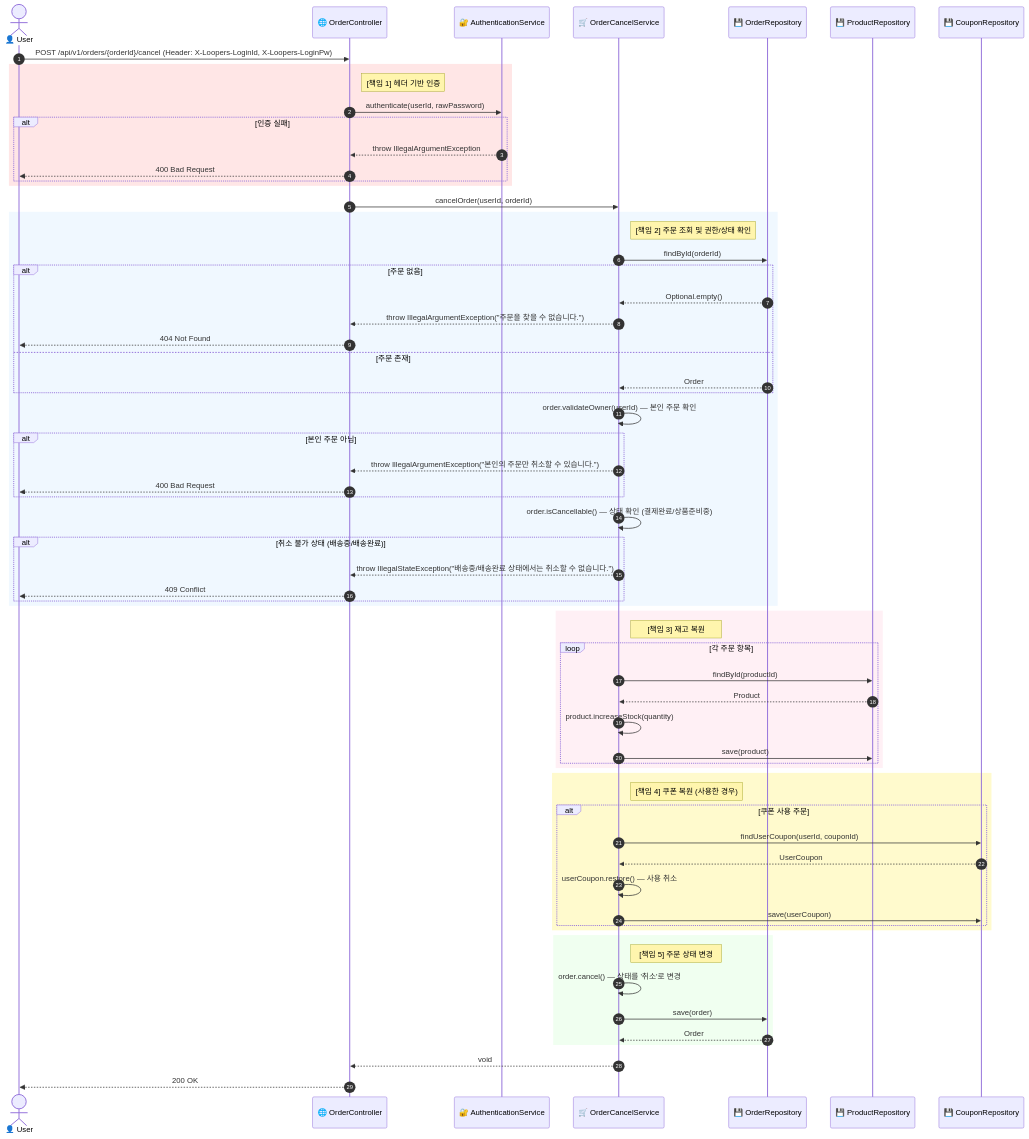
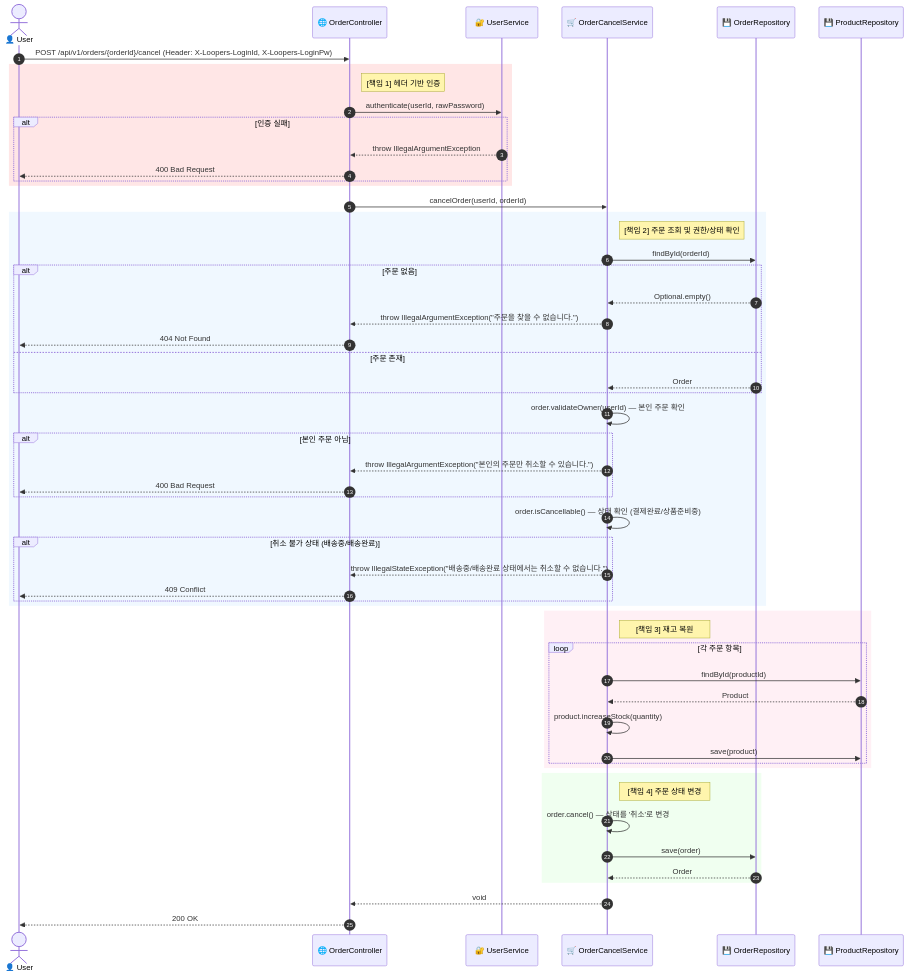
The ninth of 9 diagrams in .docs/design/02-sequence-diagrams.md (ukukdin/loop-pack-be-l2-vol3-java), drawn with Mermaid before and after one commit. The commit also changed other lines of this file and 11 other files, not shown here.

````diff
--- a/.docs/design/02-sequence-diagrams.md
+++ b/.docs/design/02-sequence-diagrams.md
@@ -627,76 +522,65 @@
 ```mermaid
 sequenceDiagram
     autonumber
     actor User as 👤 User
     participant API as 🌐 OrderController
-    participant Auth as 🔐 AuthenticationService
+    participant Auth as 🔐 UserService
     participant Service as 🛒 OrderCancelService
     participant OrderDB as 💾 OrderRepository
     participant ProductDB as 💾 ProductRepository
-    participant CouponDB as 💾 CouponRepository
 
     User->>API: POST /api/v1/orders/{orderId}/cancel (Header: X-Loopers-LoginId, X-Loopers-LoginPw)
 
     rect rgb(255, 230, 230)
         Note right of API: [책임 1] 헤더 기반 인증
         API->>Auth: authenticate(userId, rawPassword)
         alt 인증 실패
             Auth-->>API: throw IllegalArgumentException
             API-->>User: 400 Bad Request
         end
     end
 
     API->>Service: cancelOrder(userId, orderId)
 
     rect rgb(240, 248, 255)
         Note right of Service: [책임 2] 주문 조회 및 권한/상태 확인
         Service->>OrderDB: findById(orderId)
         alt 주문 없음
             OrderDB-->>Service: Optional.empty()
             Service-->>API: throw IllegalArgumentException("주문을 찾을 수 없습니다.")
             API-->>User: 404 Not Found
         else 주문 존재
             OrderDB-->>Service: Order
         end
         Service->>Service: order.validateOwner(userId) — 본인 주문 확인
         alt 본인 주문 아님
             Service-->>API: throw IllegalArgumentException("본인의 주문만 취소할 수 있습니다.")
             API-->>User: 400 Bad Request
         end
         Service->>Service: order.isCancellable() — 상태 확인 (결제완료/상품준비중)
         alt 취소 불가 상태 (배송중/배송완료)
             Service-->>API: throw IllegalStateException("배송중/배송완료 상태에서는 취소할 수 없습니다.")
             API-->>User: 409 Conflict
         end
     end
 
     rect rgb(255, 240, 245)
         Note right of Service: [책임 3] 재고 복원
         loop 각 주문 항목
             Service->>ProductDB: findById(productId)
             ProductDB-->>Service: Product
             Service->>Service: product.increaseStock(quantity)
             Service->>ProductDB: save(product)
         end
     end
 
-    rect rgb(255, 250, 205)
-        Note right of Service: [책임 4] 쿠폰 복원 (사용한 경우)
-        alt 쿠폰 사용 주문
-            Service->>CouponDB: findUserCoupon(userId, couponId)
-            CouponDB-->>Service: UserCoupon
-            Service->>Service: userCoupon.restore() — 사용 취소
-            Service->>CouponDB: save(userCoupon)
-        end
-    end
-
     rect rgb(240, 255, 240)
-        Note right of Service: [책임 5] 주문 상태 변경
+        Note right of Service: [책임 4] 주문 상태 변경
         Service->>Service: order.cancel() — 상태를 '취소'로 변경
         Service->>OrderDB: save(order)
         OrderDB-->>Service: Order
     end
 
     Service-->>API: void
     API-->>User: 200 OK
 ```
````
